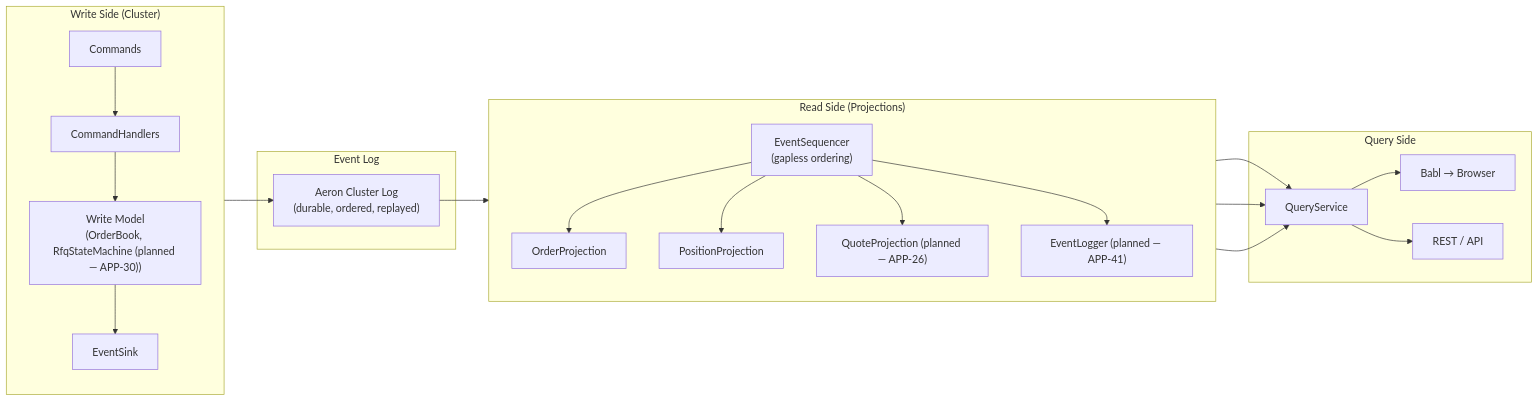
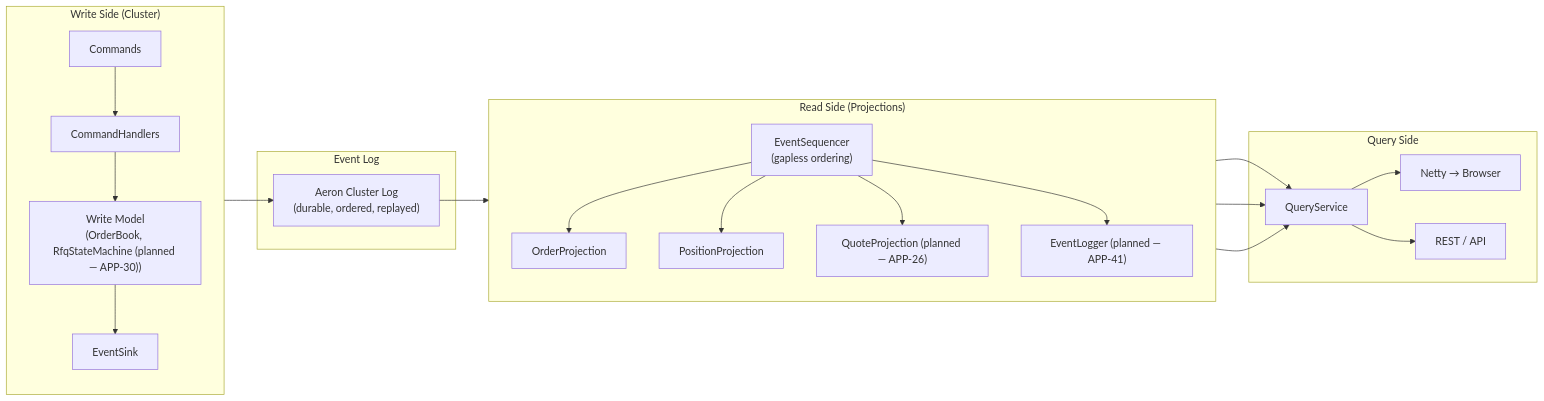
Before and after one commit to jsohi/app-trading-engine: the first of 2 diagrams in docs/cqrs.md, drawn with Mermaid. The commit also changed 11 other files, not shown here.

First line of the commit message:
APP-35: rename Babl → Netty across all design docs + add websocket architecture doc

````diff
--- a/docs/cqrs.md
+++ b/docs/cqrs.md
@@ -7,42 +7,42 @@
 ```mermaid
 graph LR
     subgraph Write["Write Side (Cluster)"]
         direction TB
         CMD["Commands"]
         CH["CommandHandlers"]
         WM["Write Model<br/>(OrderBook, RfqStateMachine (planned — APP-30))"]
         ES["EventSink"]
         CMD --> CH --> WM --> ES
     end
 
     subgraph Events["Event Log"]
         EL["Aeron Cluster Log<br/>(durable, ordered, replayed)"]
     end
 
     subgraph Read["Read Side (Projections)"]
         direction TB
         SEQ["EventSequencer<br/>(gapless ordering)"]
         OP["OrderProjection"]
         PP["PositionProjection"]
         QP["QuoteProjection (planned — APP-26)"]
         LOG["EventLogger (planned — APP-41)"]
         SEQ --> OP
         SEQ --> PP
         SEQ --> QP
         SEQ --> LOG
     end
 
     subgraph Query["Query Side"]
         QS["QueryService"]
-        BABL["Babl → Browser"]
+        WS["Netty → Browser"]
         REST["REST / API"]
-        QS --> BABL
+        QS --> WS
         QS --> REST
     end
 
     ES --> EL
     EL --> SEQ
     OP --> QS
     PP --> QS
     QP --> QS
 ```
````
